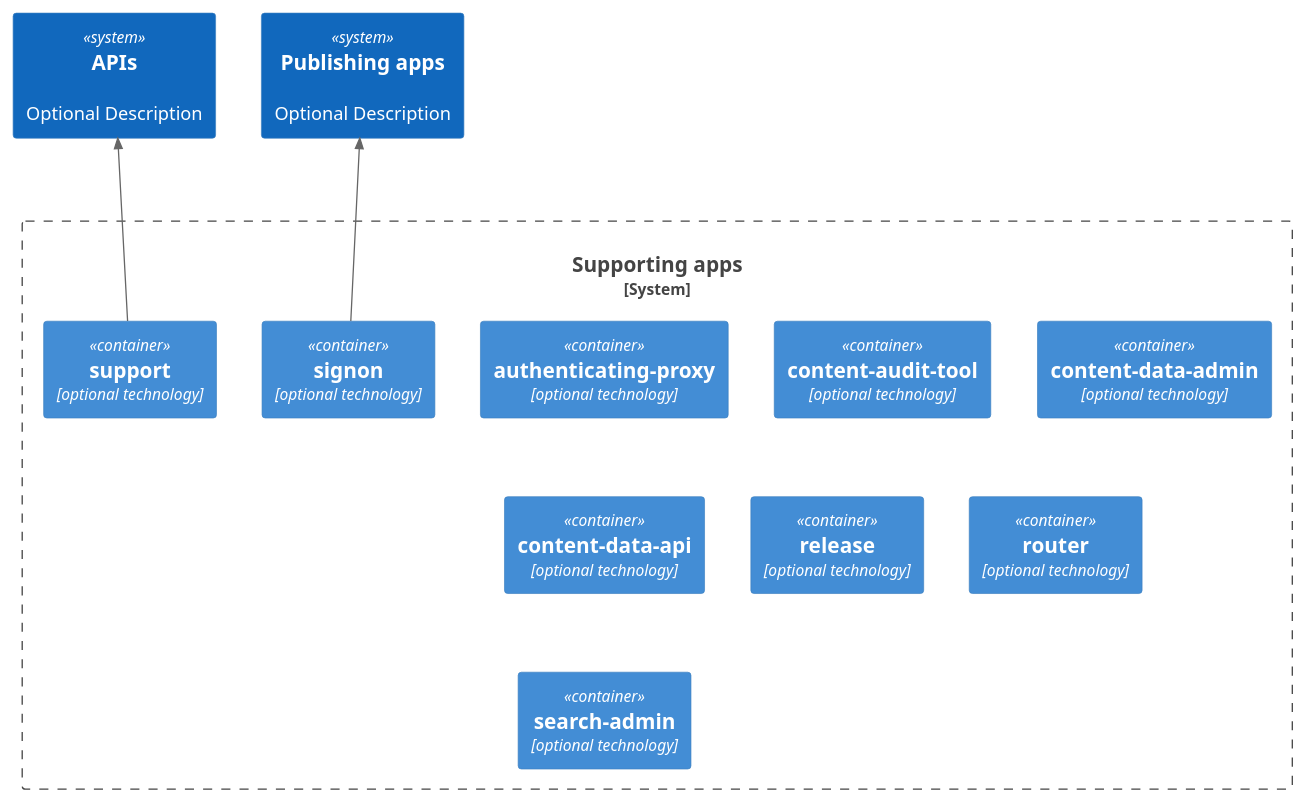
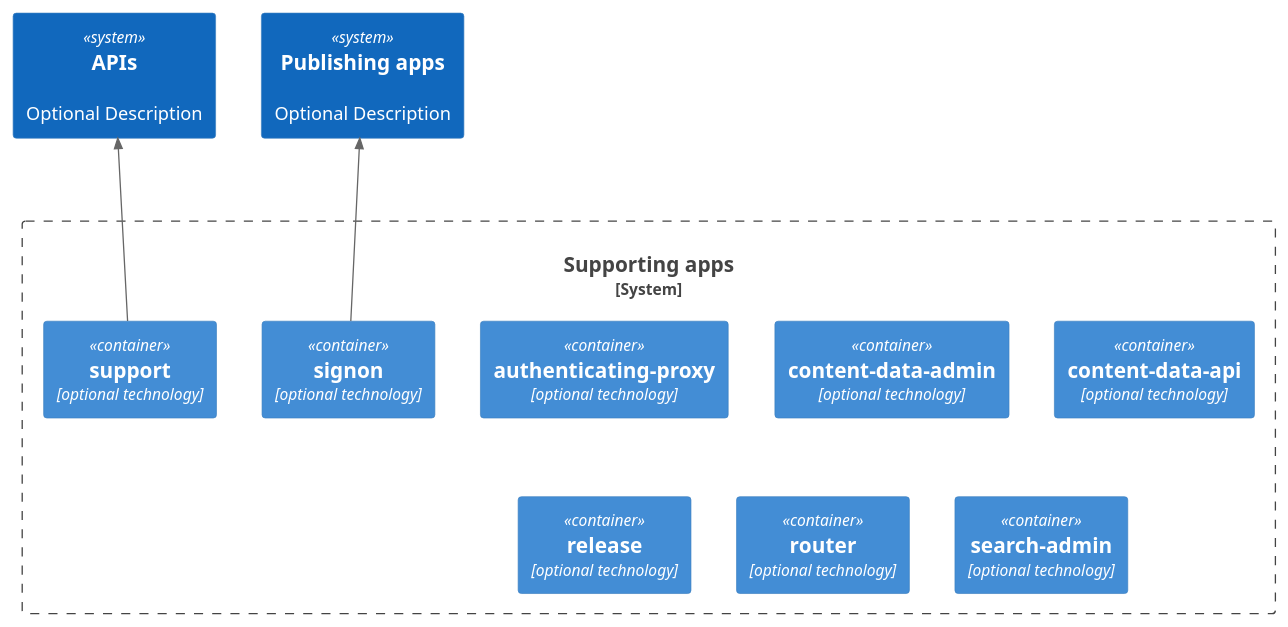
Before and after one commit to alphagov/govuk-developer-docs: the diagram in diagrams/supporting_apps.puml, drawn with PlantUML. The commit also changed 1 other file, not shown here.

Commit message:
Remove content audit tool

```diff
--- a/diagrams/supporting_apps.puml
+++ b/diagrams/supporting_apps.puml
@@ -1,20 +1,19 @@
 @startuml C4_GOVUK_Container_supporting_apps
 !includeurl https://raw.githubusercontent.com/RicardoNiepel/C4-PlantUML/release/1-0/C4_Container.puml
 
 System_Boundary(supporting_apps, "Supporting apps"){
 Container(authenticating_proxy, "authenticating-proxy", "optional technology", "")
-Container(content_audit_tool, "content-audit-tool", "optional technology", "")
 Container(content_data_admin, "content-data-admin", "optional technology", "")
 Container(content_data_api, "content-data-api", "optional technology", "")
 Container(release, "release", "optional technology", "")
 Container(router, "router", "optional technology", "")
 Container(search_admin, "search-admin", "optional technology", "")
 Container(signon, "signon", "optional technology", "")
 Container(support, "support", "optional technology", "")
 }
 System(publishing_apps, "Publishing apps", "Optional Description")
 System(apis, "APIs", "Optional Description")
 Rel_Up(signon, publishing_apps, " ")
 Rel_Up(support, apis, " ")
 
 @enduml
```
